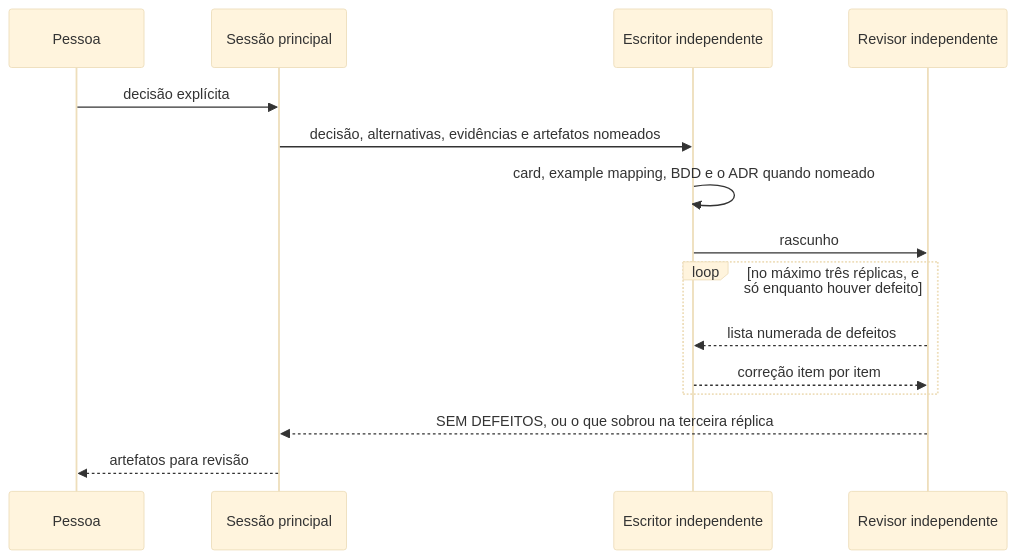
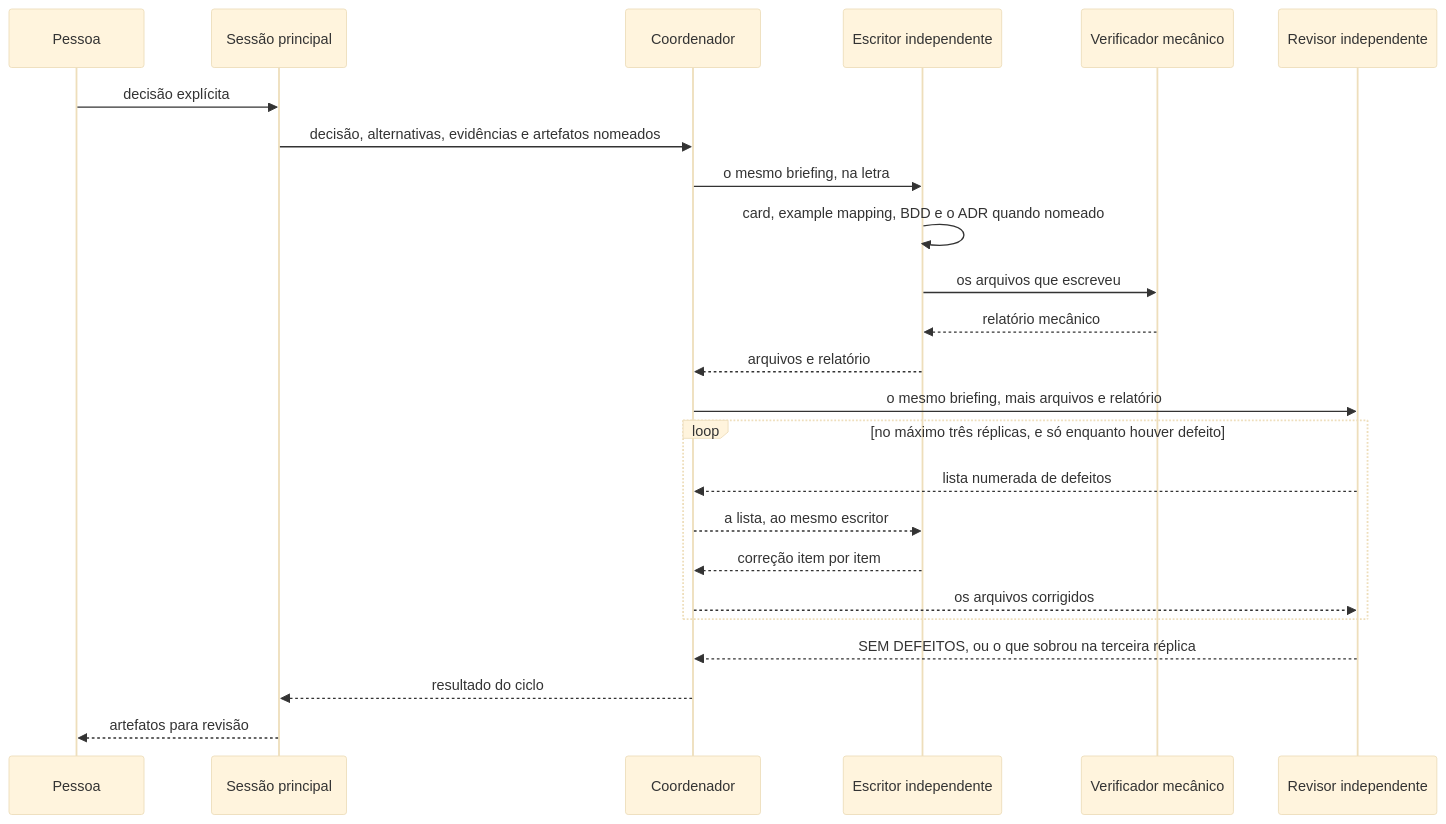
The diagram in AGENTS.md (da0hn/distributed-systems-experiment-lab), drawn with Mermaid (base theme) before and after one commit. The commit also changed other lines of this file and 4 other files, not shown here.

````diff
--- a/AGENTS.md
+++ b/AGENTS.md
@@ -159,17 +179,26 @@
 ```mermaid
 sequenceDiagram
     participant P as Pessoa
     participant S as Sessão principal
+    participant C as Coordenador
     participant W as Escritor independente
+    participant V as Verificador mecânico
     participant R as Revisor independente
     P->>S: decisão explícita
-    S->>W: decisão, alternativas, evidências e artefatos nomeados
+    S->>C: decisão, alternativas, evidências e artefatos nomeados
+    C->>W: o mesmo briefing, na letra
     W->>W: card, example mapping, BDD e o ADR quando nomeado
-    W->>R: rascunho
+    W->>V: os arquivos que escreveu
+    V-->>W: relatório mecânico
+    W-->>C: arquivos e relatório
+    C->>R: o mesmo briefing, mais arquivos e relatório
     loop no máximo três réplicas, e só enquanto houver defeito
-        R-->>W: lista numerada de defeitos
-        W-->>R: correção item por item
+        R-->>C: lista numerada de defeitos
+        C-->>W: a lista, ao mesmo escritor
+        W-->>C: correção item por item
+        C-->>R: os arquivos corrigidos
     end
-    R-->>S: SEM DEFEITOS, ou o que sobrou na terceira réplica
+    R-->>C: SEM DEFEITOS, ou o que sobrou na terceira réplica
+    C-->>S: resultado do ciclo
     S-->>P: artefatos para revisão
 ```
````
